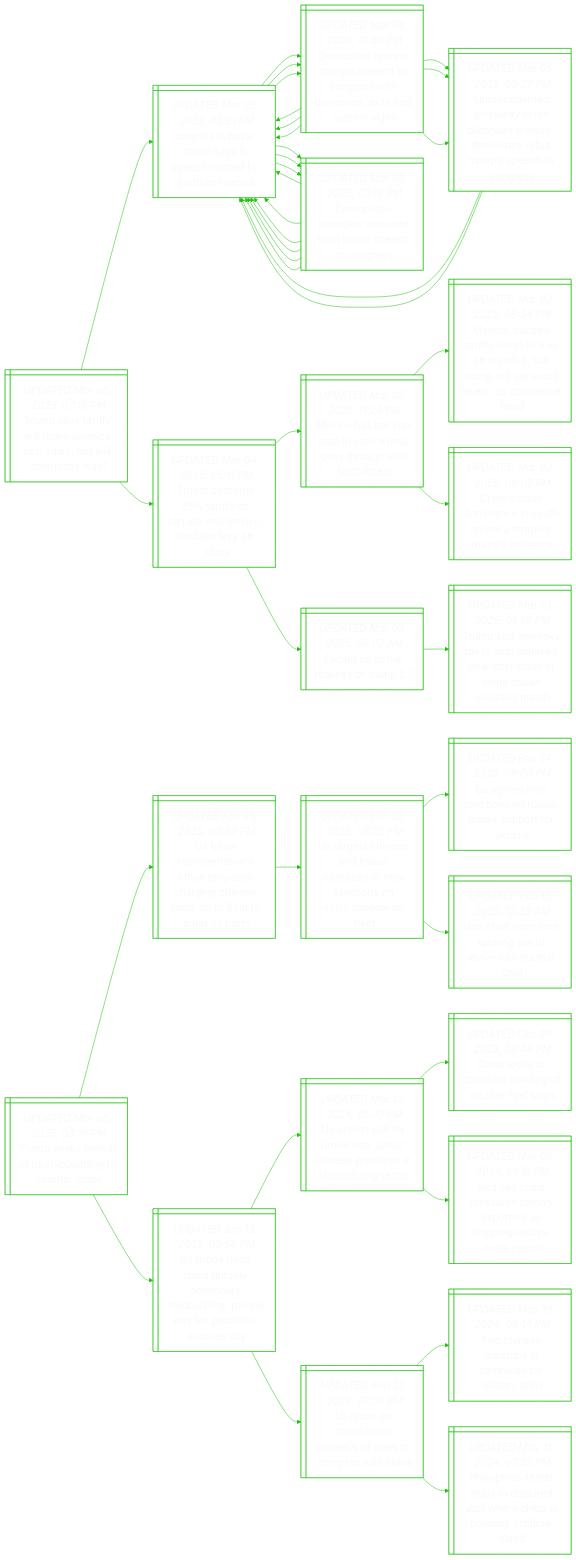
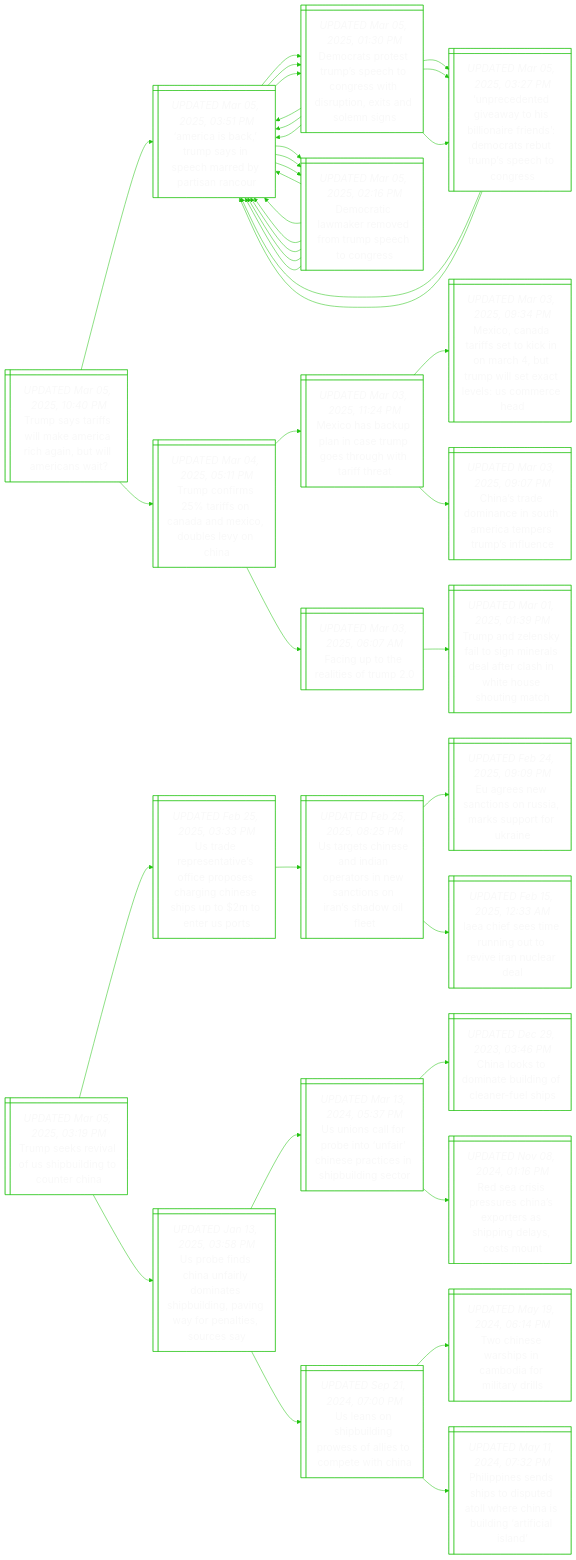
The diagram in README.md (notJmes/notJmes), drawn with Mermaid before and after one commit. The commit also changed other lines of this file, not shown here.

```diff
--- a/README.md
+++ b/README.md
@@ -16,7 +16,7 @@
 flowchart LR
 classDef txtsize font-size:20px;
 
-Tsasmmaablrs@{ shape: win-pane, label: "_UPDATED Mar 05, 2025, 07:16 PM_
+Tsasmmaablrs@{ shape: win-pane, label: "_UPDATED Mar 05, 2025, 10:40 PM_
 Trump says tariffs will make america rich again, but will americans wait?" }
 Acauypmdrno@{ shape: win-pane, label: "_UPDATED Mar 05, 2025, 03:51 PM_
 ‘america is back,’ trump says in speech marred by partisan rancour" }
```
